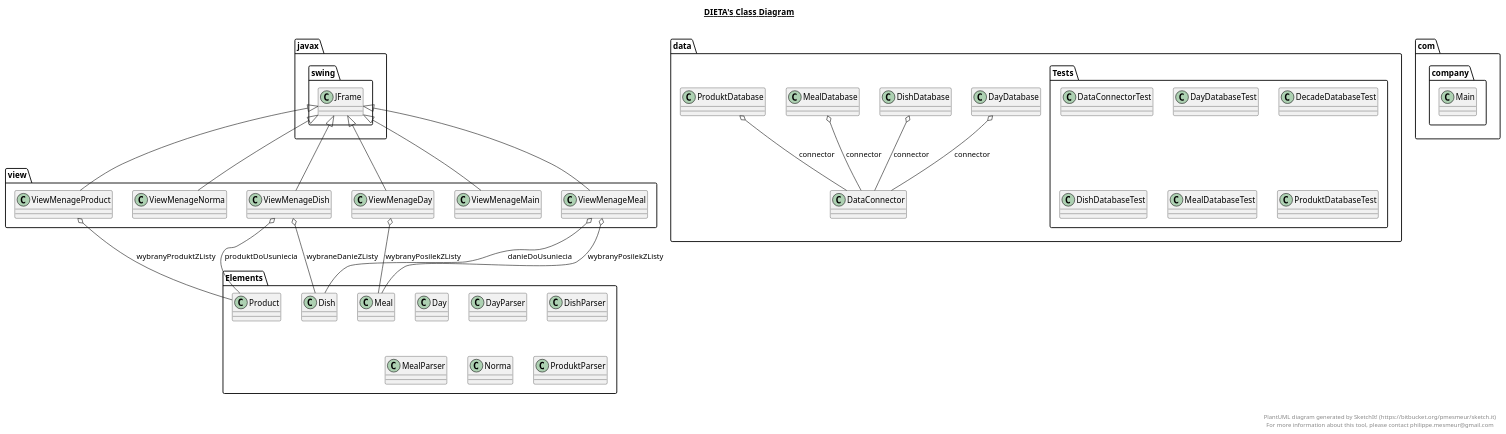
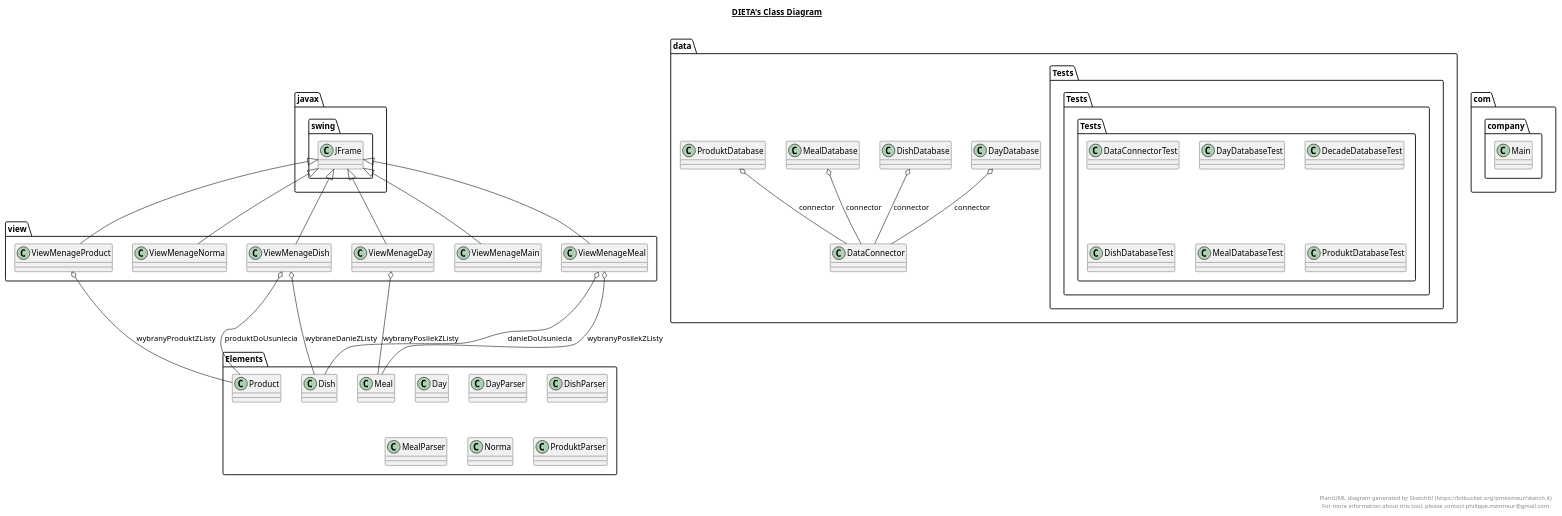
Before and after one commit to latac/diploma-code: the diagram in dieta.plantuml, drawn with PlantUML. The commit also changed 13 other files, not shown here.

```diff
--- a/dieta.plantuml
+++ b/dieta.plantuml
@@ -94,7 +94,7 @@
 
   namespace data {
     namespace Tests {
-      class data.Tests.DataConnectorTest {
+      class Tests.Tests.DataConnectorTest {
       }
     }
   }
@@ -102,7 +102,7 @@
 
   namespace data {
     namespace Tests {
-      class data.Tests.DayDatabaseTest {
+      class Tests.Tests.DayDatabaseTest {
       }
     }
   }
@@ -110,7 +110,7 @@
 
   namespace data {
     namespace Tests {
-      class data.Tests.DecadeDatabaseTest {
+      class Tests.Tests.DecadeDatabaseTest {
       }
     }
   }
@@ -118,7 +118,7 @@
 
   namespace data {
     namespace Tests {
-      class data.Tests.DishDatabaseTest {
+      class Tests.Tests.DishDatabaseTest {
       }
     }
   }
@@ -126,7 +126,7 @@
 
   namespace data {
     namespace Tests {
-      class data.Tests.MealDatabaseTest {
+      class Tests.Tests.MealDatabaseTest {
       }
     }
   }
@@ -134,7 +134,7 @@
 
   namespace data {
     namespace Tests {
-      class data.Tests.ProduktDatabaseTest {
+      class Tests.Tests.ProduktDatabaseTest {
       }
     }
   }
```
